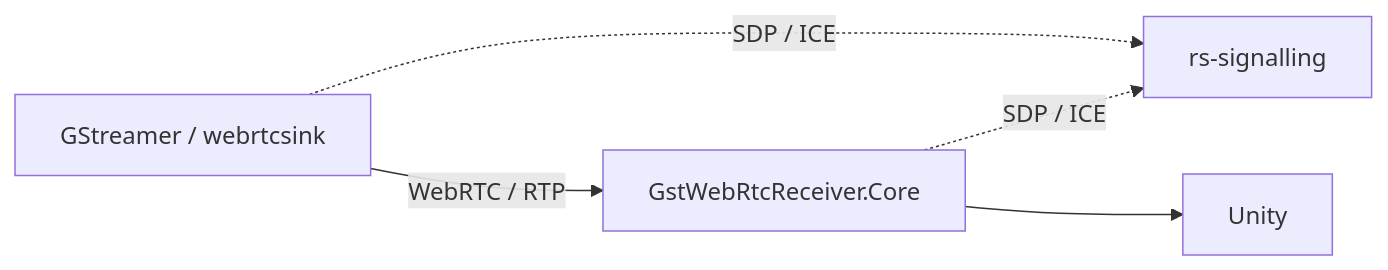
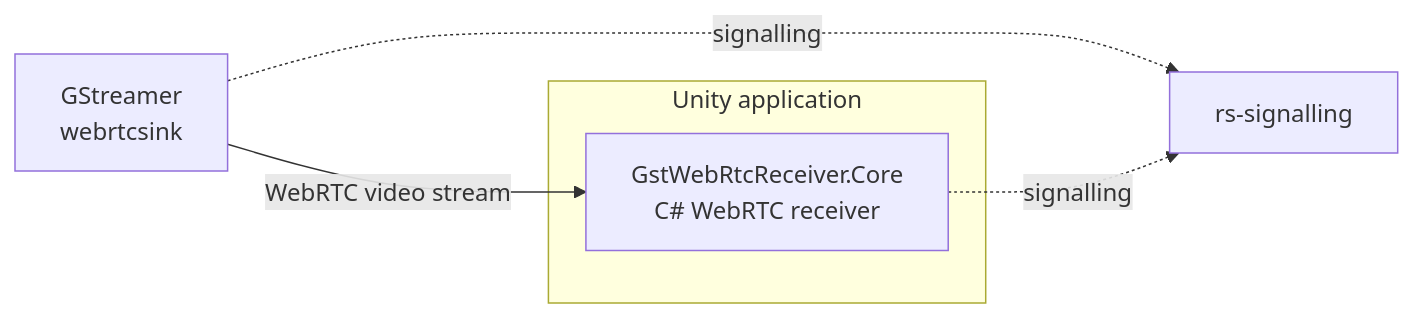
One commit to acierra/gst-playground changed the diagram in README.md. Above: the diagram before and after it, drawn with Mermaid. The commit also changed other lines of this file, not shown here.

````diff
--- a/README.md
+++ b/README.md
@@ -32,13 +21,14 @@
 ```mermaid
 flowchart LR
-    GST["GStreamer / webrtcsink"]
+    GST["GStreamer<br/>webrtcsink"]
     SIG["rs-signalling"]
-    CORE["GstWebRtcReceiver.Core"]
-    UNITY["Unity"]
 
-    GST -. "SDP / ICE" .-> SIG
-    CORE -. "SDP / ICE" .-> SIG
+    subgraph UNITY["Unity application"]
+        CORE["GstWebRtcReceiver.Core<br/>C# WebRTC receiver"]
+    end
 
-    GST -->|"WebRTC / RTP"| CORE
-    CORE --> UNITY
+    GST -->|"WebRTC video stream"| CORE
+
+    GST -. "signalling" .-> SIG
+    CORE -. "signalling" .-> SIG
 ```
````
